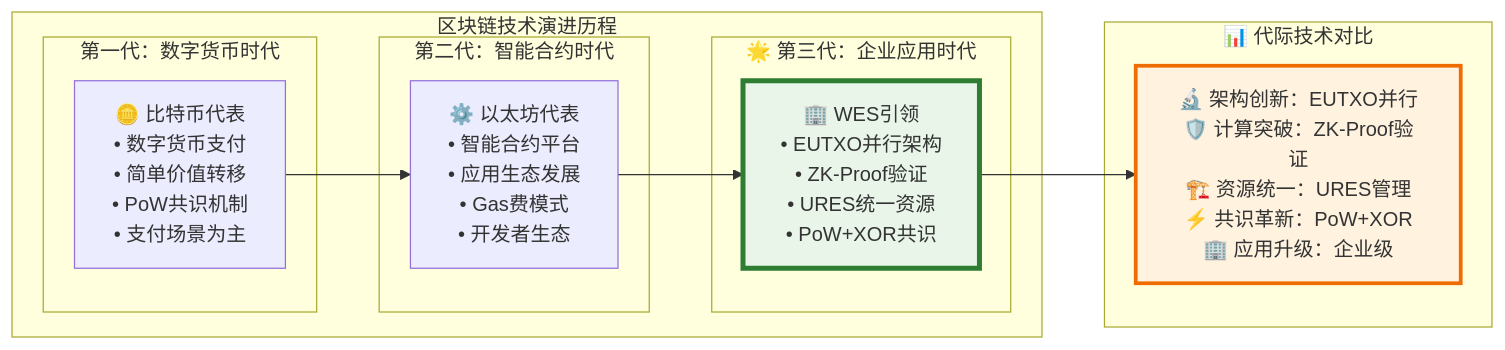
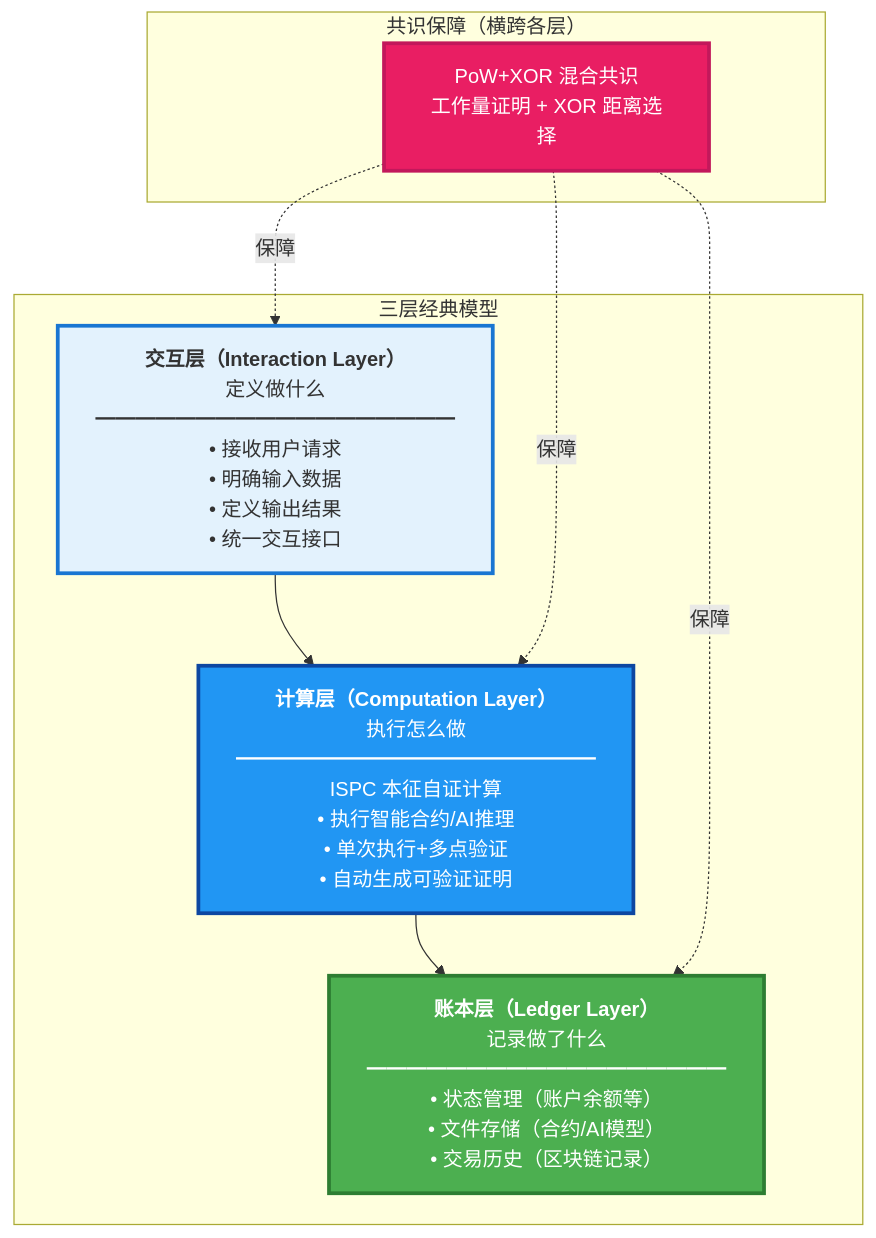
Before and after one commit to weisyn/go-weisyn: the first of 2 diagrams in README.md, drawn with Mermaid. The commit also changed other lines of this file, not shown here.

````diff
--- a/README.md
+++ b/README.md
@@ -604,28 +87,25 @@
 ```mermaid
-graph LR
-    subgraph "区块链技术演进历程"
-        subgraph "第一代：数字货币时代"
-            GEN1["🪙 比特币代表<br/>• 数字货币支付<br/>• 简单价值转移<br/>• PoW共识机制<br/>• 支付场景为主"]
-        end
+graph TB
+    subgraph "三层经典模型"
+        INTERACTION["<b>交互层（Interaction Layer）</b><br/>定义做什么<br/>━━━━━━━━━━━━━━━━━━<br/>• 接收用户请求<br/>• 明确输入数据<br/>• 定义输出结果<br/>• 统一交互接口"]
         
-        subgraph "第二代：智能合约时代"
-            GEN2["⚙️ 以太坊代表<br/>• 智能合约平台<br/>• 应用生态发展<br/>• Gas费模式<br/>• 开发者生态"]
-        end
+        COMPUTATION["<b>计算层（Computation Layer）</b><br/>执行怎么做<br/>━━━━━━━━━━━━━━━━━━<br/>ISPC 本征自证计算<br/>• 执行智能合约/AI推理<br/>• 单次执行+多点验证<br/>• 自动生成可验证证明"]
         
-        subgraph "🌟 第三代：企业应用时代"
-            GEN3["🏢 WES引领<br/>• EUTXO并行架构<br/>• ZK-Proof验证<br/>• URES统一资源<br/>• PoW+XOR共识"]
-        end
+        LEDGER["<b>账本层（Ledger Layer）</b><br/>记录做了什么<br/>━━━━━━━━━━━━━━━━━━<br/>• 状态管理（账户余额等）<br/>• 文件存储（合约/AI模型）<br/>• 交易历史（区块链记录）"]
     end
     
-    GEN1 --> GEN2
-    GEN2 --> GEN3
-    
-    subgraph "📊 代际技术对比"
-        COMPARISON["🔬 架构创新：EUTXO并行<br/>🛡️ 计算突破：ZK-Proof验证<br/>🏗️ 资源统一：URES管理<br/>⚡ 共识革新：PoW+XOR<br/>🏢 应用升级：企业级"]
+    subgraph "共识保障（横跨各层）"
+        CONSENSUS["PoW+XOR 混合共识<br/>工作量证明 + XOR 距离选择"]
     end
     
-    GEN3 --> COMPARISON
+    INTERACTION --> COMPUTATION
+    COMPUTATION --> LEDGER
+    CONSENSUS -.保障.-> INTERACTION
+    CONSENSUS -.保障.-> COMPUTATION
+    CONSENSUS -.保障.-> LEDGER
     
-    style GEN3 fill:#e8f5e8,stroke:#2e7d32,stroke-width:4px
-    style COMPARISON fill:#fff3e0,stroke:#ef6c00,stroke-width:3px
+    style INTERACTION fill:#E3F2FD,stroke:#1976D2,stroke-width:3px
+    style COMPUTATION fill:#2196F3,color:#fff,stroke:#0D47A1,stroke-width:3px
+    style LEDGER fill:#4CAF50,color:#fff,stroke:#2E7D32,stroke-width:3px
+    style CONSENSUS fill:#E91E63,color:#fff,stroke:#C2185B,stroke-width:3px
 ```
````
